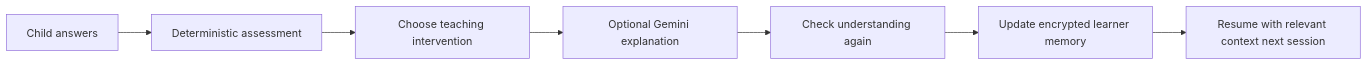
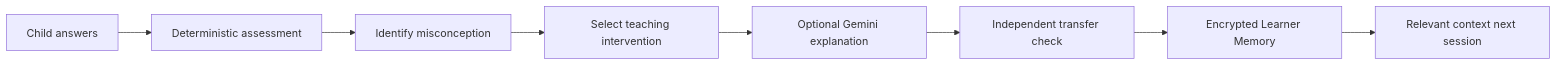
One commit to inbharatai/mindcarry changed the first of 2 diagrams in README.md. Above: the diagram before and after it, drawn with Mermaid. The commit also changed other lines of this file and 36 other files, not shown here.

````diff
--- a/README.md
+++ b/README.md
@@ -31,9 +39,10 @@
 ```mermaid
 flowchart LR
     A[Child answers] --> B[Deterministic assessment]
-    B --> C[Choose teaching intervention]
-    C --> D[Optional Gemini explanation]
-    D --> E[Check understanding again]
-    E --> F[Update encrypted learner memory]
-    F --> G[Resume with relevant context next session]
+    B --> C[Identify misconception]
+    C --> D[Select teaching intervention]
+    D --> E[Optional Gemini explanation]
+    E --> F[Independent transfer check]
+    F --> G[Encrypted Learner Memory]
+    G --> H[Relevant context next session]
 ```
````
